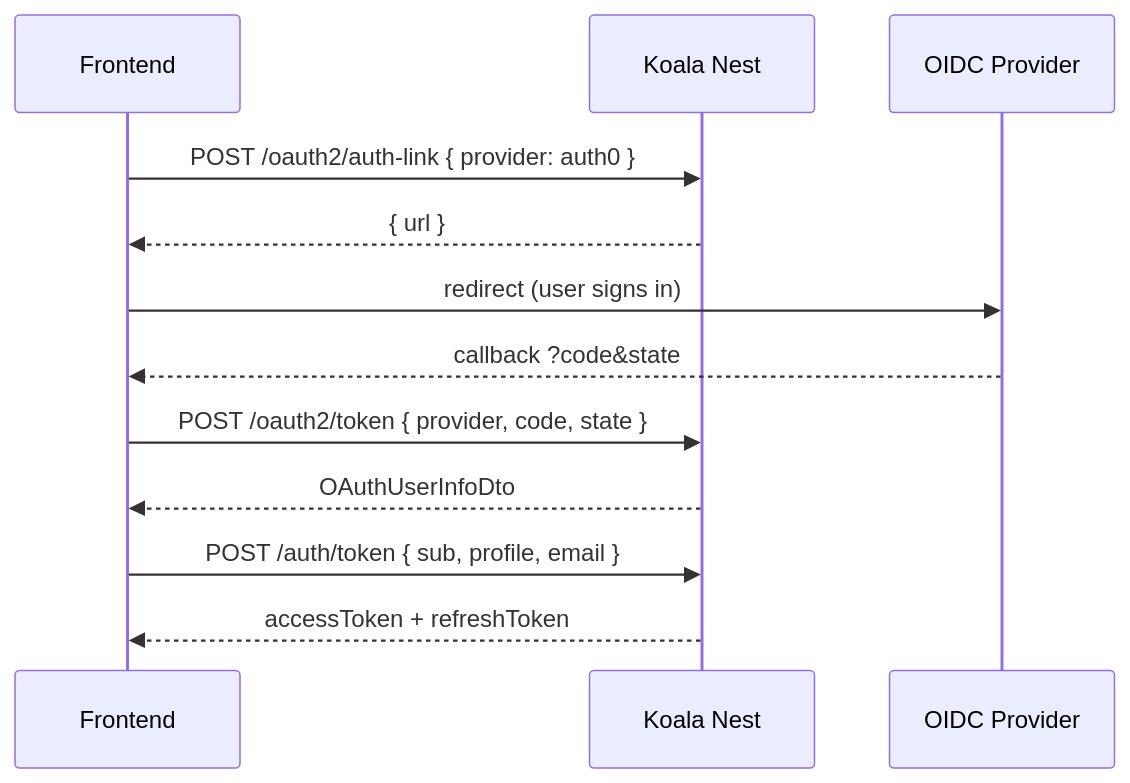
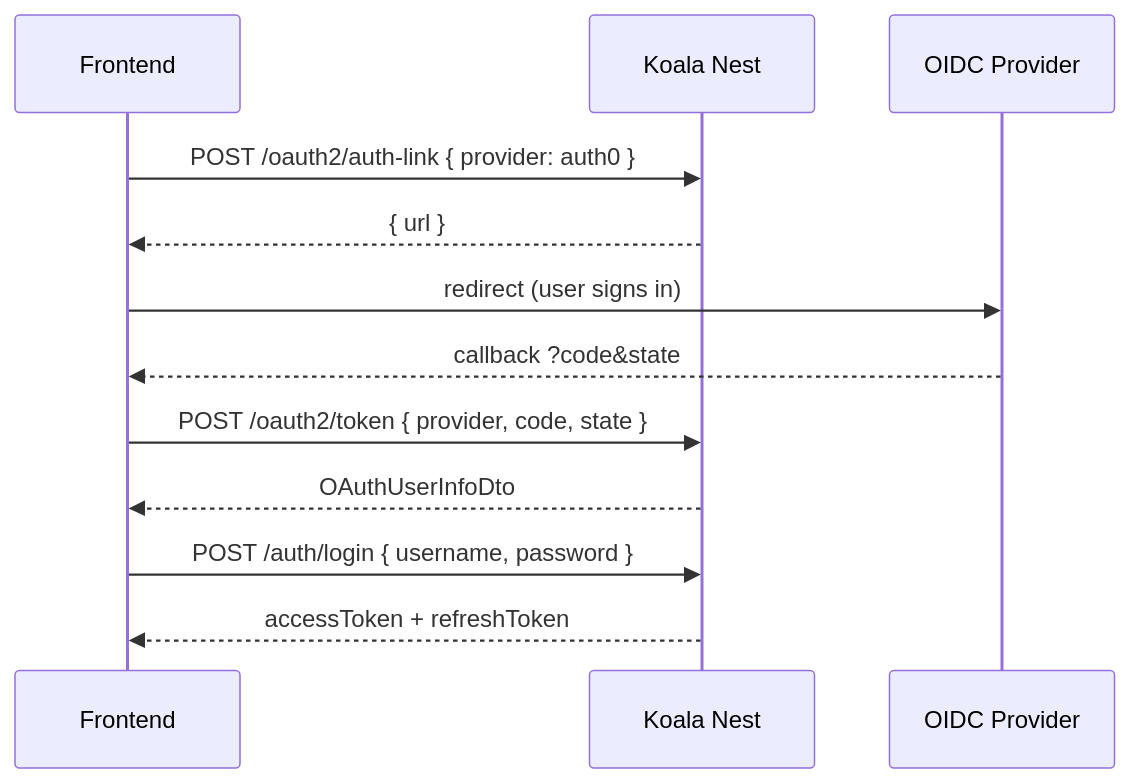
The first of 2 diagrams in libs/doc/markdown/en/host/authentication.md (igordrangel/koala-nest), drawn with Mermaid before and after one commit. The commit also changed other lines of this file and 176 other files, not shown here.

````diff
--- a/libs/doc/markdown/en/host/authentication.md
+++ b/libs/doc/markdown/en/host/authentication.md
@@ -173,14 +170,14 @@
 ```mermaid
 sequenceDiagram
   participant FE as Frontend
   participant API as Koala Nest
   participant IdP as OIDC Provider
   FE->>API: POST /oauth2/auth-link { provider: auth0 }
   API-->>FE: { url }
   FE->>IdP: redirect (user signs in)
   IdP-->>FE: callback ?code&state
   FE->>API: POST /oauth2/token { provider, code, state }
   API-->>FE: OAuthUserInfoDto
-  FE->>API: POST /auth/token { sub, profile, email }
+  FE->>API: POST /auth/login { username, password }
   API-->>FE: accessToken + refreshToken
 ```
````
